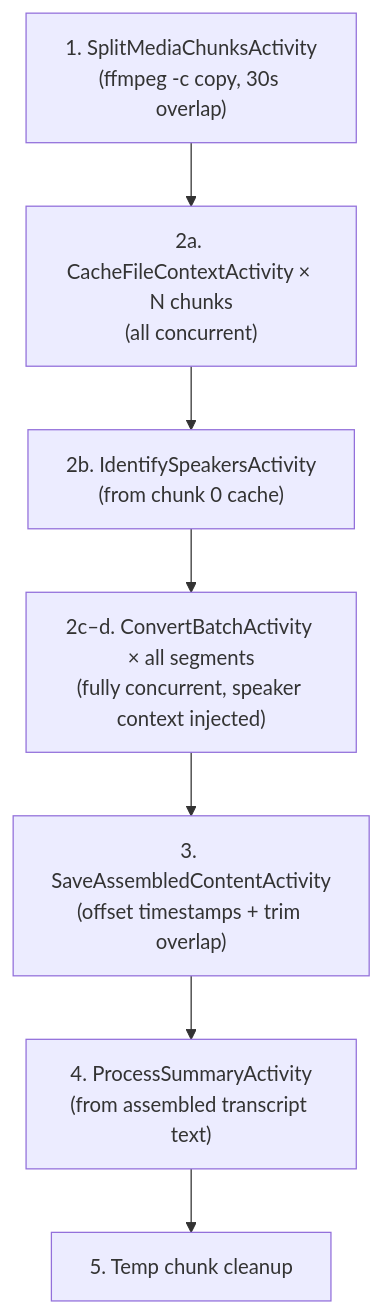
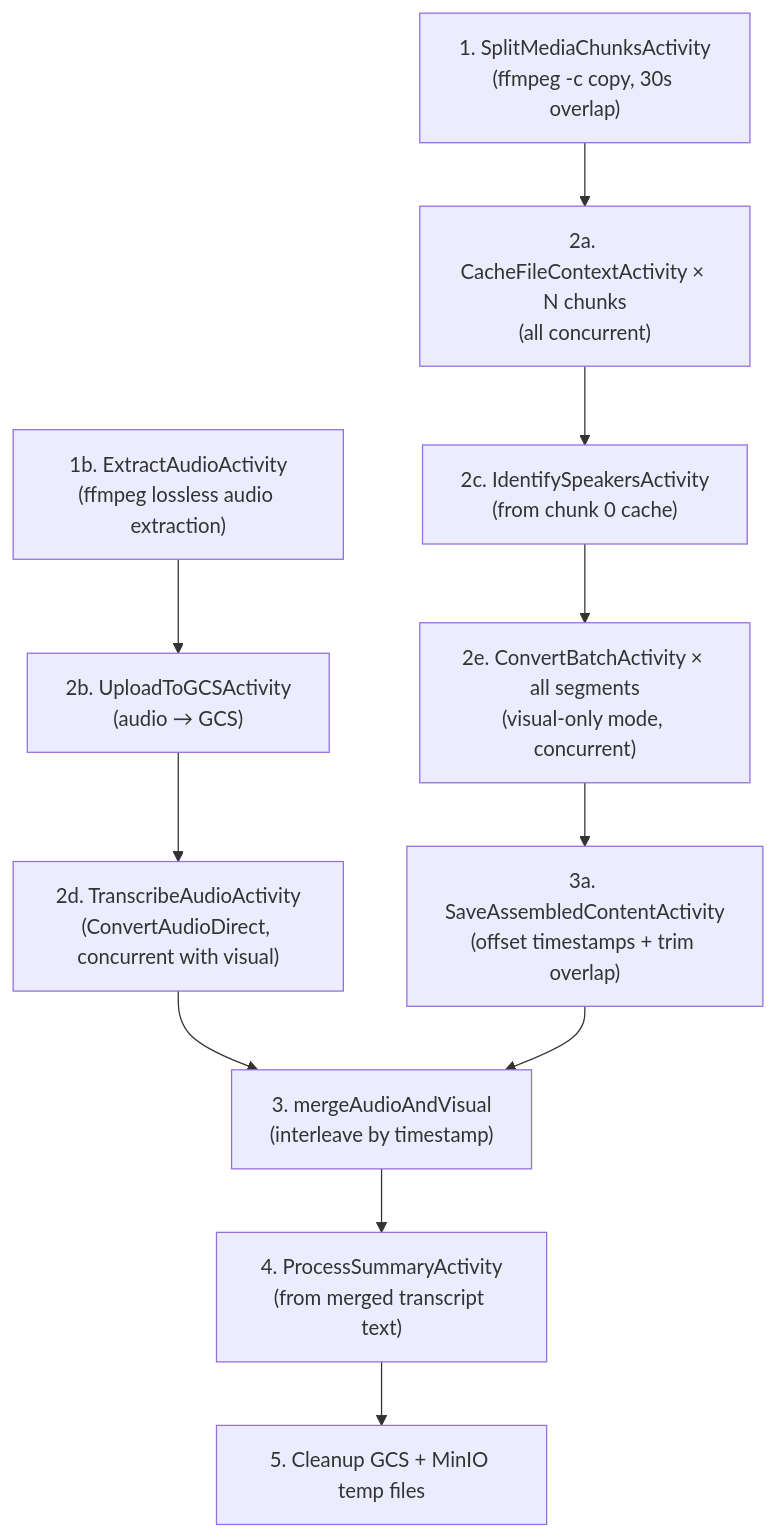
One commit to instill-ai/artifact-backend changed the fifth of 5 diagrams in docs/rag-indexing.md. Above: the diagram before and after it, drawn with Mermaid. The commit also changed other lines of this file and 17 other files, not shown here.

First line of the commit message:
feat(worker): hybrid two-pass audio/visual processing for video files

````diff
--- a/docs/rag-indexing.md
+++ b/docs/rag-indexing.md
@@ -113,10 +132,15 @@
 ```mermaid
 flowchart TD
     Split["1. SplitMediaChunksActivity<br/>(ffmpeg -c copy, 30s overlap)"]
+    Extract["1b. ExtractAudioActivity<br/>(ffmpeg lossless audio extraction)"]
     Split --> CacheAll["2a. CacheFileContextActivity × N chunks<br/>(all concurrent)"]
-    CacheAll --> Speakers["2b. IdentifySpeakersActivity<br/>(from chunk 0 cache)"]
-    Speakers --> Batches["2c–d. ConvertBatchActivity × all segments<br/>(fully concurrent, speaker context injected)"]
-    Batches --> Assemble["3. SaveAssembledContentActivity<br/>(offset timestamps + trim overlap)"]
-    Assemble --> Summary["4. ProcessSummaryActivity<br/>(from assembled transcript text)"]
-    Summary --> Cleanup["5. Temp chunk cleanup"]
+    Extract --> UploadGCS["2b. UploadToGCSActivity<br/>(audio → GCS)"]
+    CacheAll --> Speakers["2c. IdentifySpeakersActivity<br/>(from chunk 0 cache)"]
+    UploadGCS --> AudioTranscribe["2d. TranscribeAudioActivity<br/>(ConvertAudioDirect, concurrent with visual)"]
+    Speakers --> VisualBatches["2e. ConvertBatchActivity × all segments<br/>(visual-only mode, concurrent)"]
+    AudioTranscribe --> Merge["3. mergeAudioAndVisual<br/>(interleave by timestamp)"]
+    VisualBatches --> Assemble["3a. SaveAssembledContentActivity<br/>(offset timestamps + trim overlap)"]
+    Assemble --> Merge
+    Merge --> Summary["4. ProcessSummaryActivity<br/>(from merged transcript text)"]
+    Summary --> Cleanup["5. Cleanup GCS + MinIO temp files"]
 ```
````
